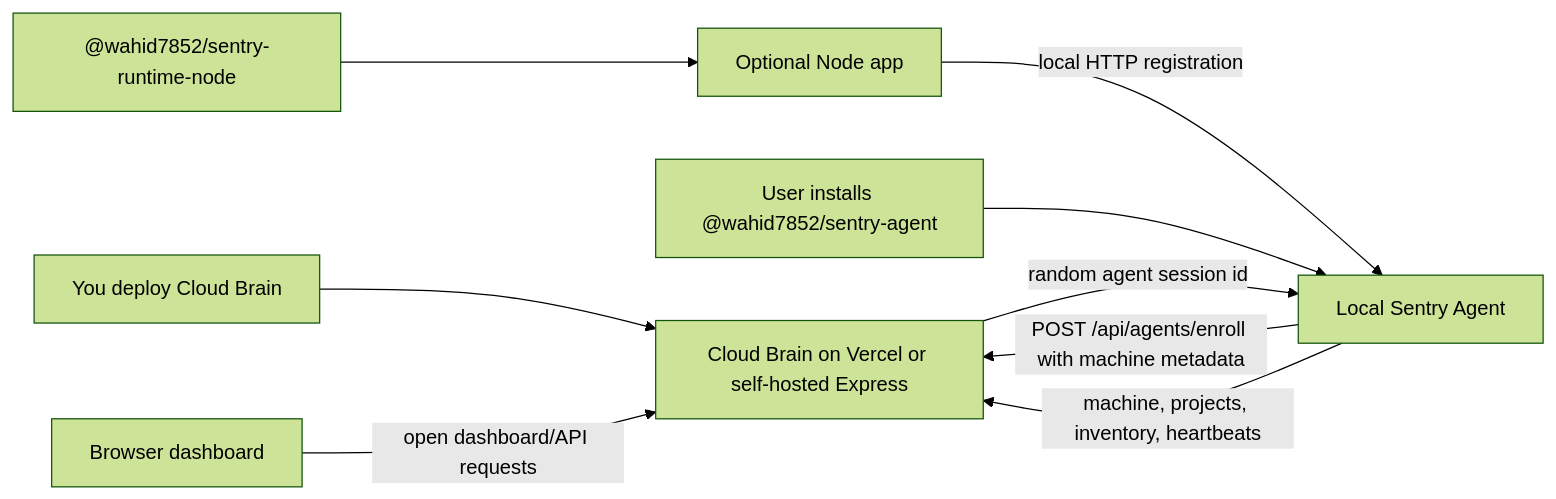
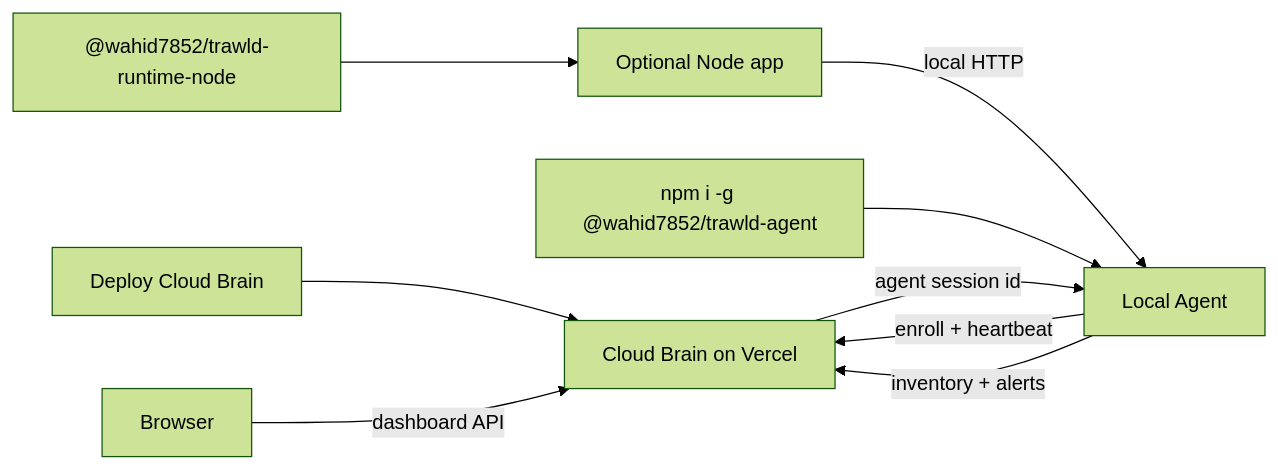
The diagram in README.md (0-Shimanshu/trawld), drawn with Mermaid (forest theme) before and after one commit. The commit also changed other lines of this file, not shown here.

Commit message:
docs: rewrite README for trawld

````diff
--- a/README.md
+++ b/README.md
@@ -21,11 +19,11 @@
 ```mermaid
 flowchart LR
-  Owner["You deploy Cloud Brain"] --> Cloud["Cloud Brain on Vercel or self-hosted Express"]
-  User["User installs @wahid7852/sentry-agent"] --> Agent["Local Sentry Agent"]
-  Agent -->|"POST /api/agents/enroll with machine metadata"| Cloud
-  Cloud -->|"random agent session id"| Agent
-  Agent -->|"machine, projects, inventory, heartbeats"| Cloud
-  Dashboard["Browser dashboard"] -->|"open dashboard/API requests"| Cloud
-  App["Optional Node app"] -->|"local HTTP registration"| Agent
-  Hook["@wahid7852/sentry-runtime-node"] --> App
+  Owner["Deploy Cloud Brain"] --> Cloud["Cloud Brain on Vercel"]
+  User["npm i -g @wahid7852/trawld-agent"] --> Agent["Local Agent"]
+  Agent -->|"enroll + heartbeat"| Cloud
+  Cloud -->|"agent session id"| Agent
+  Agent -->|"inventory + alerts"| Cloud
+  Dashboard["Browser"] -->|"dashboard API"| Cloud
+  App["Optional Node app"] -->|"local HTTP"| Agent
+  Hook["@wahid7852/trawld-runtime-node"] --> App
 ```
````
